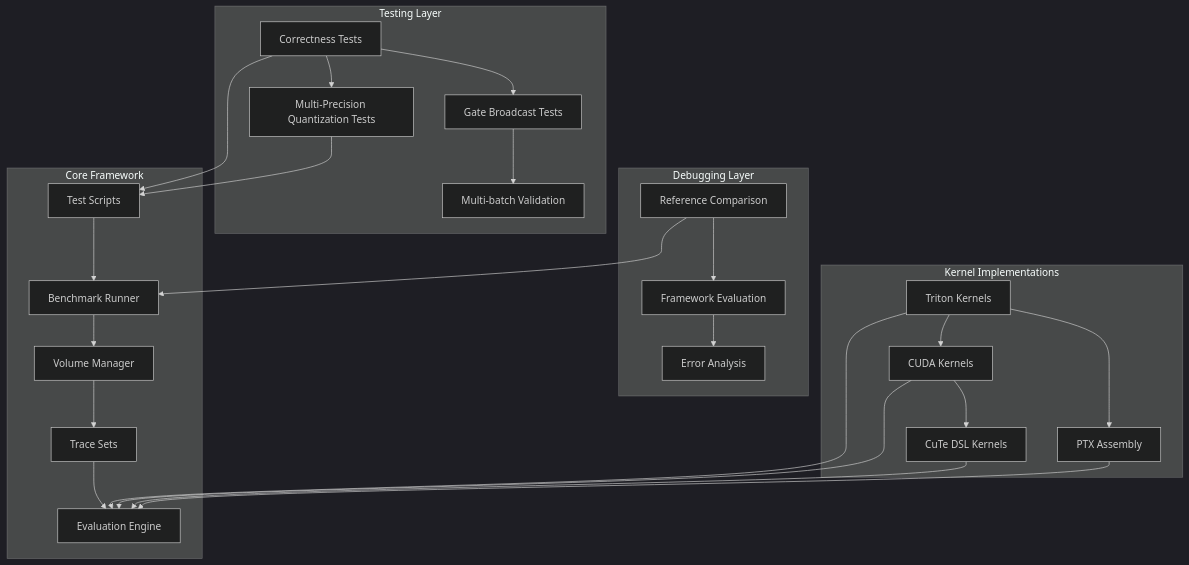
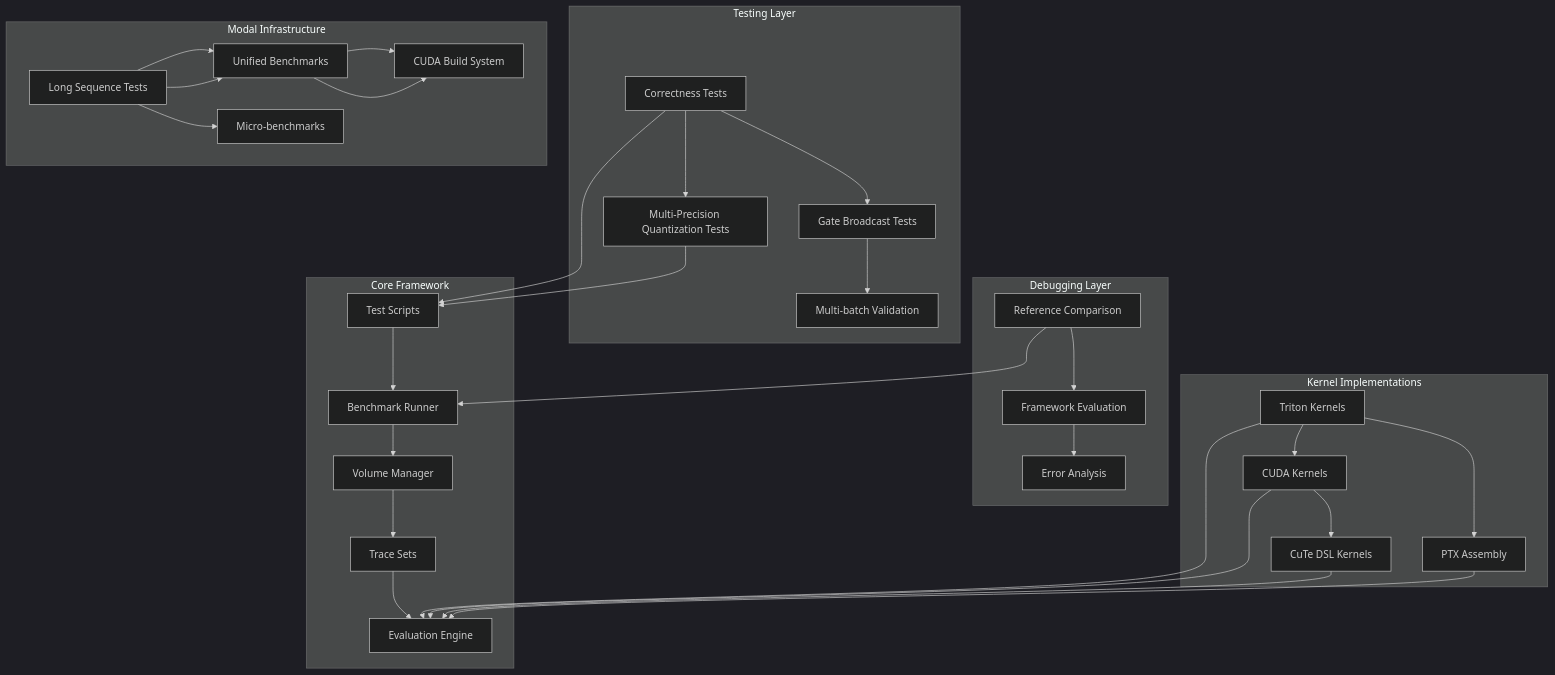
The first of 12 diagrams in .qoder/repowiki/en/content/Testing Debugging Framework.md (gugudeshubao/flashinfer-bench-tma-thrust), drawn with Mermaid (dark theme) before and after one commit. The commit also changed other lines of this file and 5 other files, not shown here.

````diff
--- a/.qoder/repowiki/en/content/Testing Debugging Framework.md
+++ b/.qoder/repowiki/en/content/Testing Debugging Framework.md
@@ -62,30 +69,37 @@
 ```mermaid
 graph TB
 subgraph "Core Framework"
 A[Test Scripts] --> B[Benchmark Runner]
 B --> C[Volume Manager]
 C --> D[Trace Sets]
 D --> E[Evaluation Engine]
 end
 subgraph "Testing Layer"
 F[Correctness Tests] --> G[Gate Broadcast Tests]
 G --> H[Multi-batch Validation]
 F --> I[Multi-Precision Quantization Tests]
 end
 subgraph "Debugging Layer"
 J[Reference Comparison] --> K[Framework Evaluation]
 K --> L[Error Analysis]
 end
 subgraph "Kernel Implementations"
 M[Triton Kernels] --> N[CUDA Kernels]
 N --> O[CuTe DSL Kernels]
 M --> P[PTX Assembly]
 end
+subgraph "Modal Infrastructure"
+Q[Long Sequence Tests] --> R[Unified Benchmarks]
+R --> S[CUDA Build System]
+Q --> T[Micro-benchmarks]
+end
 F --> A
 J --> B
 M --> E
 N --> E
 O --> E
 P --> E
 I --> A
+Q --> R
+R --> S
 ```
````
